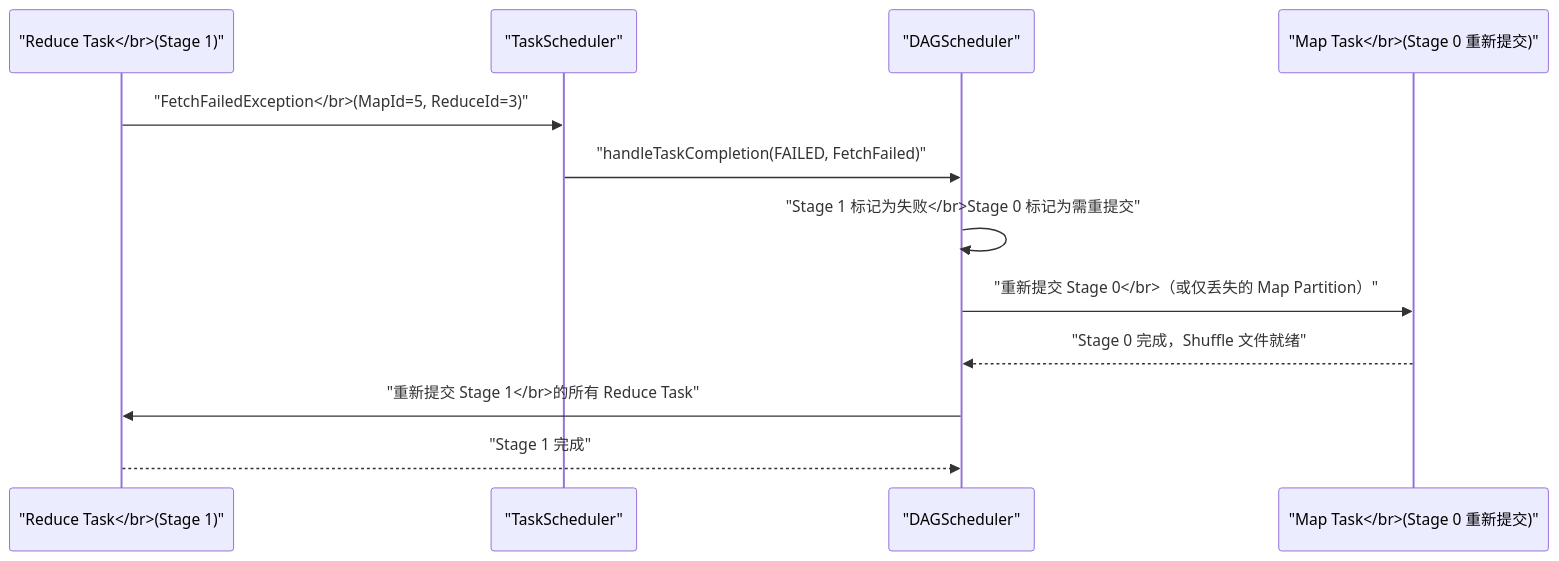
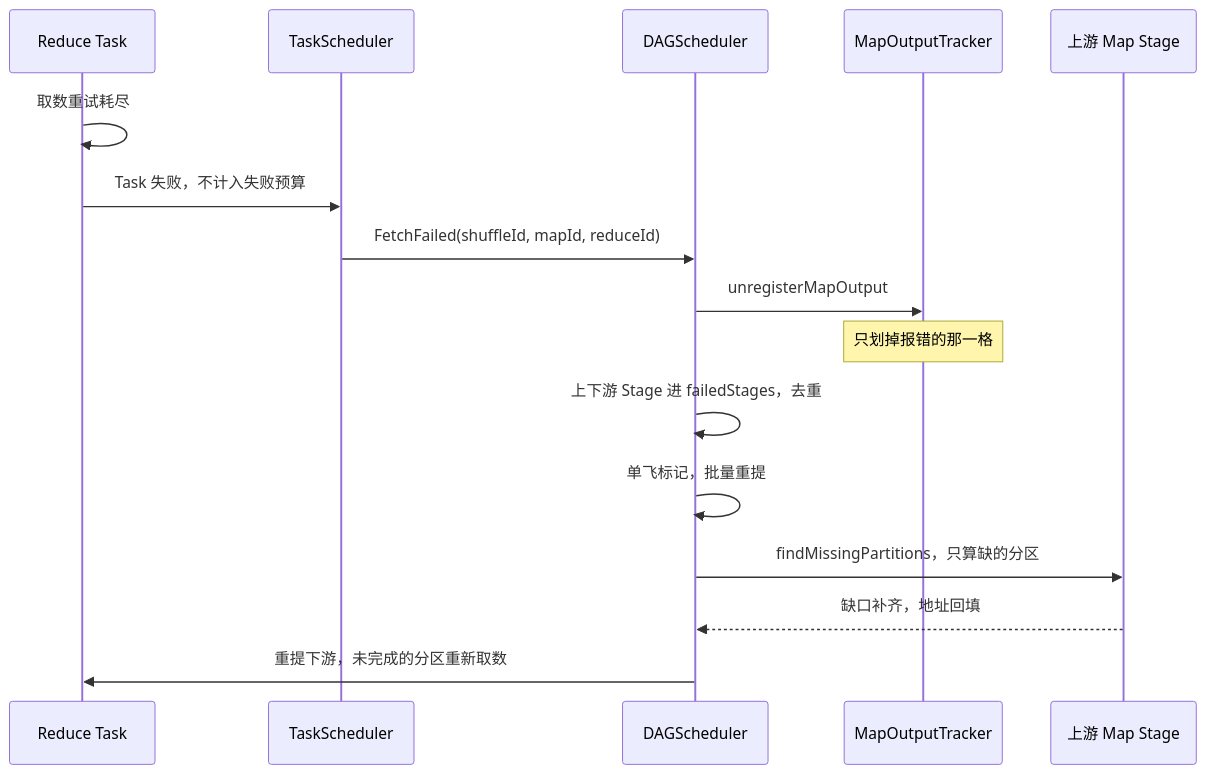
The third of 6 diagrams in content/大数据/Spark/Spark-容错与状态管理深度解析/01 RDD Lineage 血缘容错：分布式计算的重建之道.md (hpliStartAgain/my-brain), drawn with Mermaid before and after one commit. The commit also changed other lines of this file and 455 other files, not shown here.

````diff
--- a/content/大数据/Spark/Spark-容错与状态管理深度解析/01 RDD Lineage 血缘容错：分布式计算的重建之道.md
+++ b/content/大数据/Spark/Spark-容错与状态管理深度解析/01 RDD Lineage 血缘容错：分布式计算的重建之道.md
@@ -251,16 +204,19 @@
 ```mermaid
-%%{init: {"theme": "dracula", "themeVariables": {"primaryColor": "#6272a4", "primaryTextColor": "#f8f8f2", "primaryBorderColor": "#bd93f9", "lineColor": "#ff79c6", "secondaryColor": "#44475a", "tertiaryColor": "#282a36"}}}%%
+%%{init: {'theme': 'dracula'}}%%
 sequenceDiagram
-    participant RT as "Reduce Task</br>(Stage 1)"
-    participant TS as "TaskScheduler"
-    participant DAG as "DAGScheduler"
-    participant MT as "Map Task</br>(Stage 0 重新提交)"
-
-    RT ->> TS: "FetchFailedException</br>(MapId=5, ReduceId=3)"
-    TS ->> DAG: "handleTaskCompletion(FAILED, FetchFailed)"
-    DAG ->> DAG: "Stage 1 标记为失败</br>Stage 0 标记为需重提交"
-    DAG ->> MT: "重新提交 Stage 0</br>（或仅丢失的 Map Partition）"
-    MT -->> DAG: "Stage 0 完成，Shuffle 文件就绪"
-    DAG ->> RT: "重新提交 Stage 1</br>的所有 Reduce Task"
-    RT -->> DAG: "Stage 1 完成"
+    participant RT as Reduce Task
+    participant TS as TaskScheduler
+    participant DAG as DAGScheduler
+    participant MS as MapOutputTracker
+    participant MT as 上游 Map Stage
+    RT->>RT: 取数重试耗尽
+    RT->>TS: Task 失败，不计入失败预算
+    TS->>DAG: FetchFailed(shuffleId, mapId, reduceId)
+    DAG->>MS: unregisterMapOutput
+    Note over MS: 只划掉报错的那一格
+    DAG->>DAG: 上下游 Stage 进 failedStages，去重
+    DAG->>DAG: 单飞标记，批量重提
+    DAG->>MT: findMissingPartitions，只算缺的分区
+    MT-->>DAG: 缺口补齐，地址回填
+    DAG->>RT: 重提下游，未完成的分区重新取数
 ```
````
